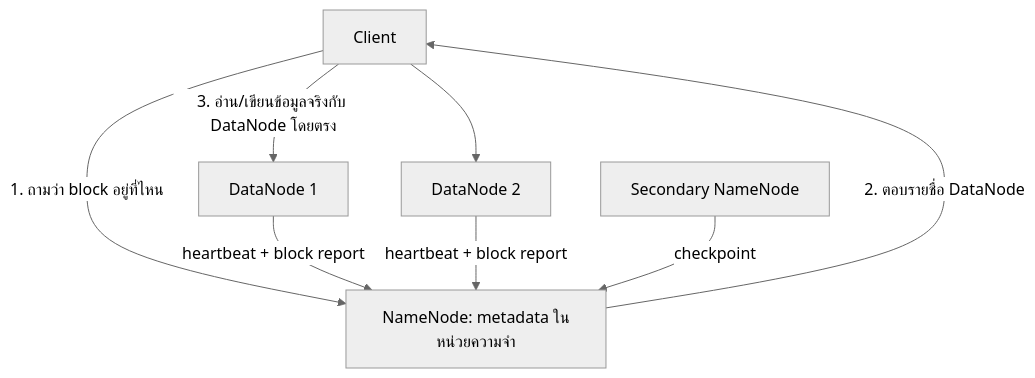
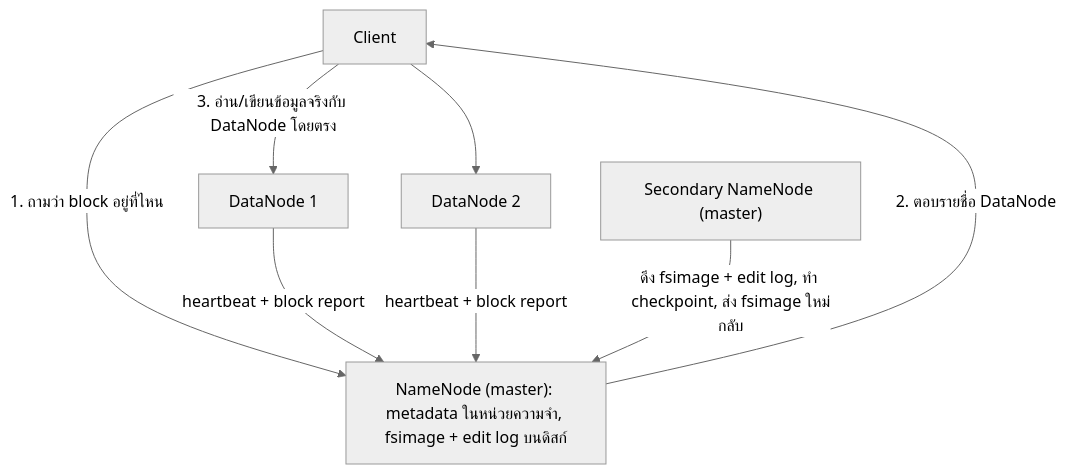
One commit to mdanmek/nida-dads-notes changed the sixth of 12 diagrams in dads6002-big-data-analytics/summary/01_hadoop[claude].md. Above: the diagram before and after it, drawn with Mermaid (neutral theme). The commit also changed other lines of this file, not shown here.

````diff
--- a/dads6002-big-data-analytics/summary/01_hadoop[claude].md
+++ b/dads6002-big-data-analytics/summary/01_hadoop[claude].md
@@ -204,10 +392,10 @@
 ```mermaid
 flowchart TB
-    C["Client"] -- "1. ถามว่า block อยู่ที่ไหน" --> NN["NameNode: metadata ในหน่วยความจำ"]
+    C["Client"] -- "1. ถามว่า block อยู่ที่ไหน" --> NN["NameNode (master): metadata ในหน่วยความจำ, fsimage + edit log บนดิสก์"]
     NN -- "2. ตอบรายชื่อ DataNode" --> C
     C -- "3. อ่าน/เขียนข้อมูลจริงกับ DataNode โดยตรง" --> DN1["DataNode 1"]
     C --> DN2["DataNode 2"]
     DN1 -- "heartbeat + block report" --> NN
     DN2 -- "heartbeat + block report" --> NN
-    SNN["Secondary NameNode"] -- "checkpoint" --> NN
+    SNN["Secondary NameNode (master)"] -- "ดึง fsimage + edit log, ทำ checkpoint, ส่ง fsimage ใหม่กลับ" --> NN
 ```
````
